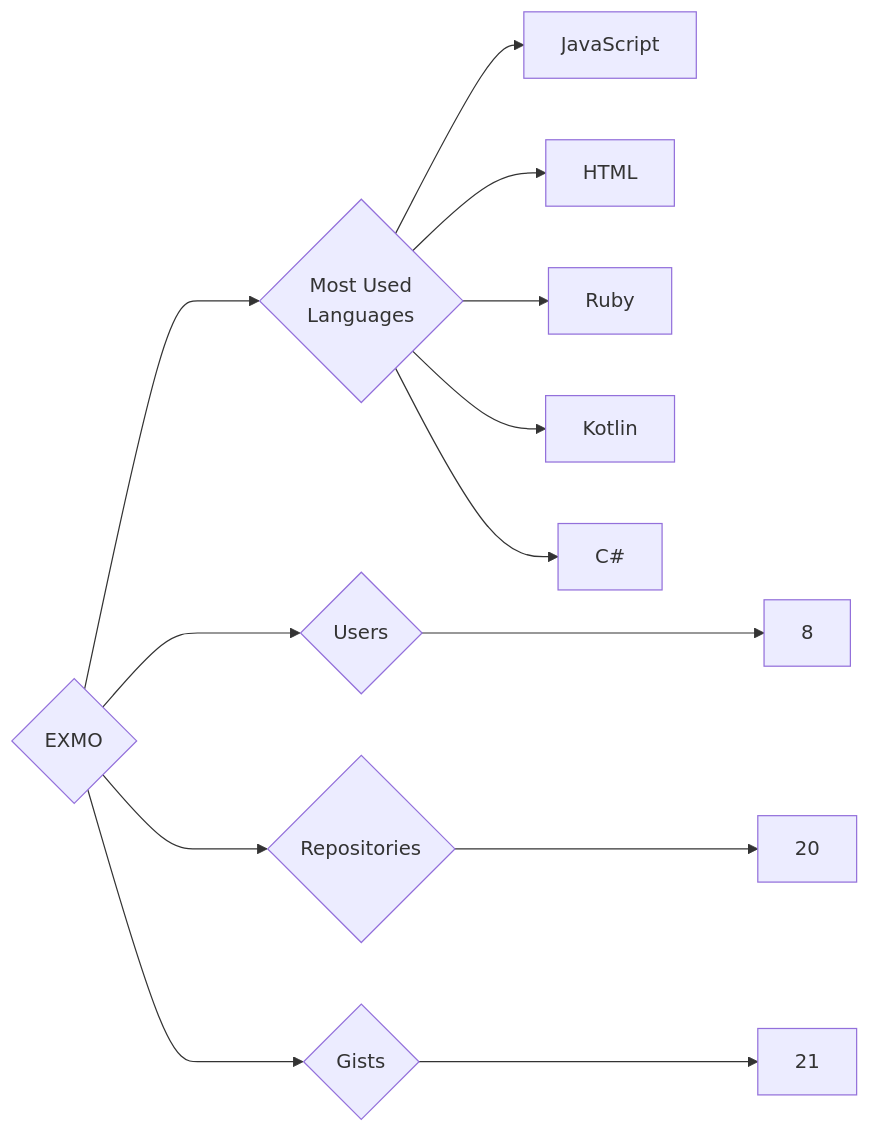
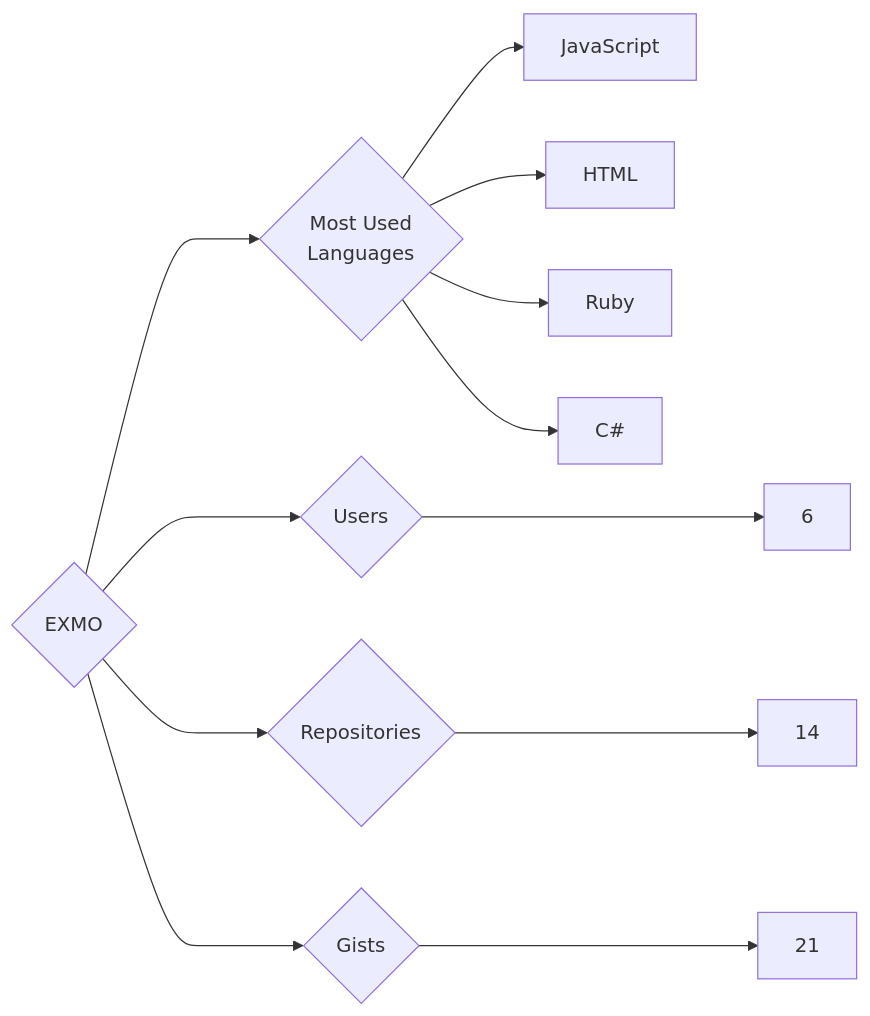
One commit to trickest/insiders changed the diagram in targets/EXMO/README.md. Above: the diagram before and after it, drawn with Mermaid. The commit also changed 1007 other files, not shown here.

````diff
--- a/targets/EXMO/README.md
+++ b/targets/EXMO/README.md
@@ -3,13 +3,12 @@
 ```mermaid
 graph LR
 COMPANY_NAME{EXMO}
-COMPANY_NAME ---> U{Users} ---> UN[8]
-COMPANY_NAME ---> R{Repositories} ---> RN[20]
+COMPANY_NAME ---> U{Users} ---> UN[6]
+COMPANY_NAME ---> R{Repositories} ---> RN[14]
 COMPANY_NAME ---> G{Gists} ---> GN[21]
 COMPANY_NAME ---> ML{Most Used<br>Languages}
 ML --> JavaScript[JavaScript]
 ML --> HTML[HTML]
 ML --> Ruby[Ruby]
-ML --> Kotlin[Kotlin]
 ML --> C#[C#]
 ```
````
